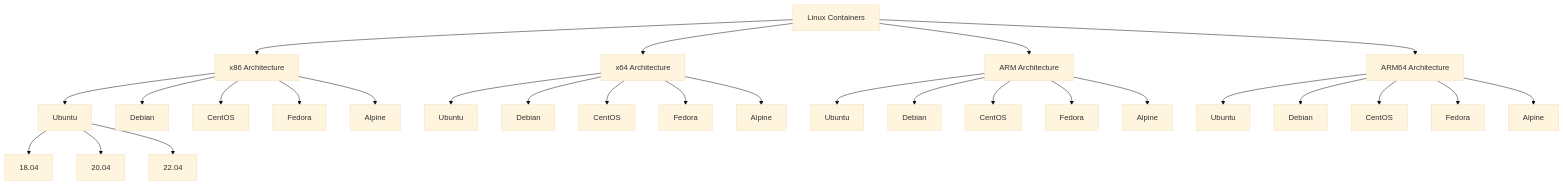
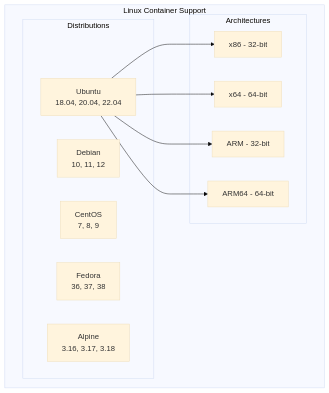
One commit to radicalkjax/Athena changed the sixth of 23 diagrams in docs/CONTAINER_ISOLATION.md. Above: the diagram before and after it, drawn with Mermaid (base theme). The commit also changed other lines of this file and 41 other files, not shown here.

````diff
--- a/docs/CONTAINER_ISOLATION.md
+++ b/docs/CONTAINER_ISOLATION.md
@@ -138,35 +331,24 @@
 ```mermaid
 graph TD
-    A[Linux Containers] --> B[x86 Architecture]
-    A --> C[x64 Architecture]
-    A --> D[ARM Architecture]
-    A --> E[ARM64 Architecture]
-    
-    B --> B1[Ubuntu]
-    B --> B2[Debian]
-    B --> B3[CentOS]
-    B --> B4[Fedora]
-    B --> B5[Alpine]
-    
-    C --> C1[Ubuntu]
-    C --> C2[Debian]
-    C --> C3[CentOS]
-    C --> C4[Fedora]
-    C --> C5[Alpine]
-    
-    D --> D1[Ubuntu]
-    D --> D2[Debian]
-    D --> D3[CentOS]
-    D --> D4[Fedora]
-    D --> D5[Alpine]
-    
-    E --> E1[Ubuntu]
-    E --> E2[Debian]
-    E --> E3[CentOS]
-    E --> E4[Fedora]
-    E --> E5[Alpine]
-    
-    B1 --> B1a[18.04]
-    B1 --> B1b[20.04]
-    B1 --> B1c[22.04]
+    subgraph "Linux Container Support"
+        subgraph "Distributions"
+            Ubuntu[Ubuntu<br/>18.04, 20.04, 22.04]
+            Debian[Debian<br/>10, 11, 12]
+            CentOS[CentOS<br/>7, 8, 9]
+            Fedora[Fedora<br/>36, 37, 38]
+            Alpine[Alpine<br/>3.16, 3.17, 3.18]
+        end
+        
+        subgraph "Architectures"
+            x86[x86 - 32-bit]
+            x64[x64 - 64-bit]
+            arm[ARM - 32-bit]
+            arm64[ARM64 - 64-bit]
+        end
+        
+        Ubuntu --> x86
+        Ubuntu --> x64
+        Ubuntu --> arm
+        Ubuntu --> arm64
+    end
 ```
````
